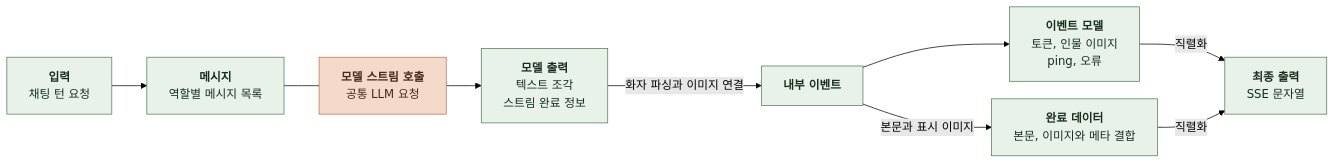
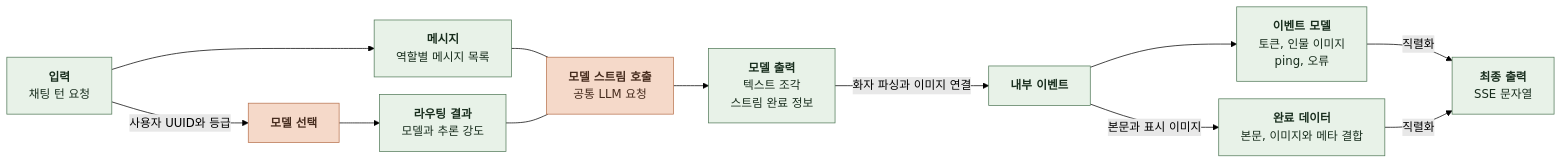
One commit to KIM-N-KANG/knk-harness changed the second of 9 diagrams in docs/domain/CHAT/AI/6-2-SOFTWARE-IMPLEMENTATION.md. Above: the diagram before and after it, drawn with Mermaid (forest theme). The commit also changed other lines of this file and 9 other files, not shown here.

````diff
--- a/docs/domain/CHAT/AI/6-2-SOFTWARE-IMPLEMENTATION.md
+++ b/docs/domain/CHAT/AI/6-2-SOFTWARE-IMPLEMENTATION.md
@@ -58,16 +59,19 @@
 ```mermaid
 %%{init: {"flowchart": {"curve": "basis", "htmlLabels": true, "nodeSpacing": 24, "rankSpacing": 48}}}%%
 flowchart LR
     I["<b>입력</b><br/>채팅 턴 요청"] --> P["<b>메시지</b><br/>역할별 메시지 목록"]
+    I -->|사용자 UUID와 등급| T["<b>모델 선택</b>"]
+    T --> M["<b>라우팅 결과</b><br/>모델과 추론 강도"]
     P --- C["<b>모델 스트림 호출</b><br/>공통 LLM 요청"]
+    M --- C
     C --> R["<b>모델 출력</b><br/>텍스트 조각<br/>스트림 완료 정보"]
     R -->|화자 파싱과 이미지 연결| E["<b>내부 이벤트</b>"]
     E --> F["<b>이벤트 모델</b><br/>토큰, 인물 이미지<br/>ping, 오류"]
     E -->|본문과 표시 이미지| H["<b>완료 데이터</b><br/>본문, 이미지와 메타 결합"]
     F -->|직렬화| O["<b>최종 출력</b><br/>SSE 문자열"]
     H -->|직렬화| O
     classDef data fill:#E8F2E8,stroke:#527A59,color:#182D1D
     classDef task fill:#F5D9C9,stroke:#B97450,color:#452B1D
-    class I,P,R,E,F,H,O data
-    class C task
+    class I,P,M,R,E,F,H,O data
+    class T,C task
 ```
````
